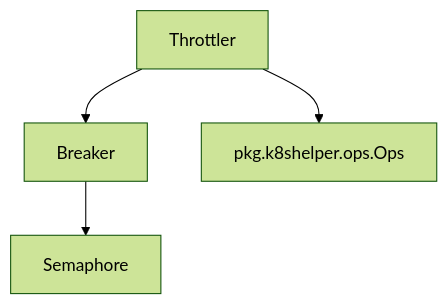
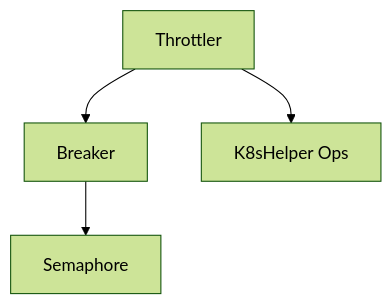
The diagram in demo/repos/KubeElasti/throttler.md (ShreyasPatel031/CodeWiki), drawn with Mermaid (forest theme) before and after one commit. The commit also changed other lines of this file and 23 other files, not shown here.

````diff
--- a/demo/repos/KubeElasti/throttler.md
+++ b/demo/repos/KubeElasti/throttler.md
@@ -85,13 +11,11 @@
 ```mermaid
 graph TD
-    Throttler[Throttler]
-    Breaker[Breaker]
-    Semaphore[Semaphore]
-    K8sUtil[pkg.k8shelper.ops.Ops]
+    A[Throttler] --> B[Breaker]
+    B --> C[Semaphore]
+    A --> D[K8sHelper Ops]
 
-    Throttler --> Breaker
-    Breaker --> Semaphore
-    Throttler --> K8sUtil
-
-    click K8sUtil "pkg.md" "View K8s Helper Module"
+    click A "throttler.md" "View Throttler Module"
+    click B "throttler.md#breaker-component" "View Breaker Component"
+    click C "throttler.md#semaphore-component" "View Semaphore Component"
+    click D "pkg.md" "View K8sHelper Ops (from pkg module)"
 ```
````
